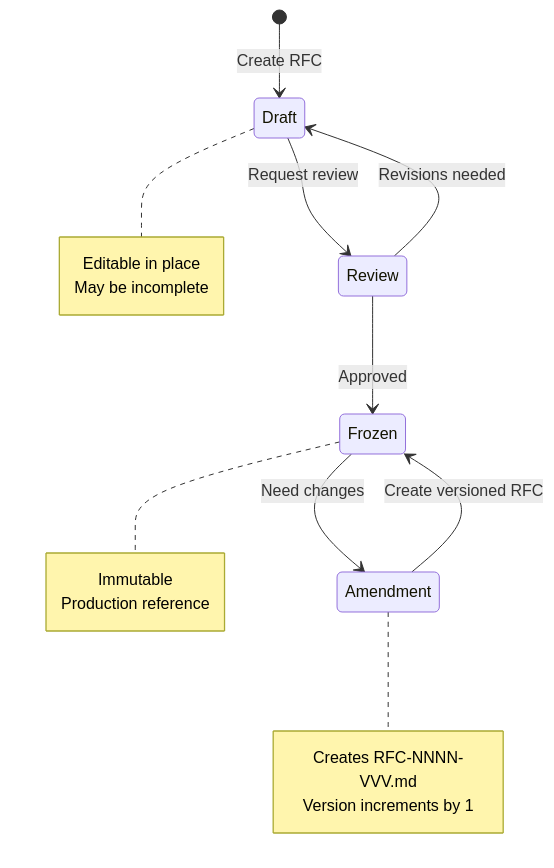
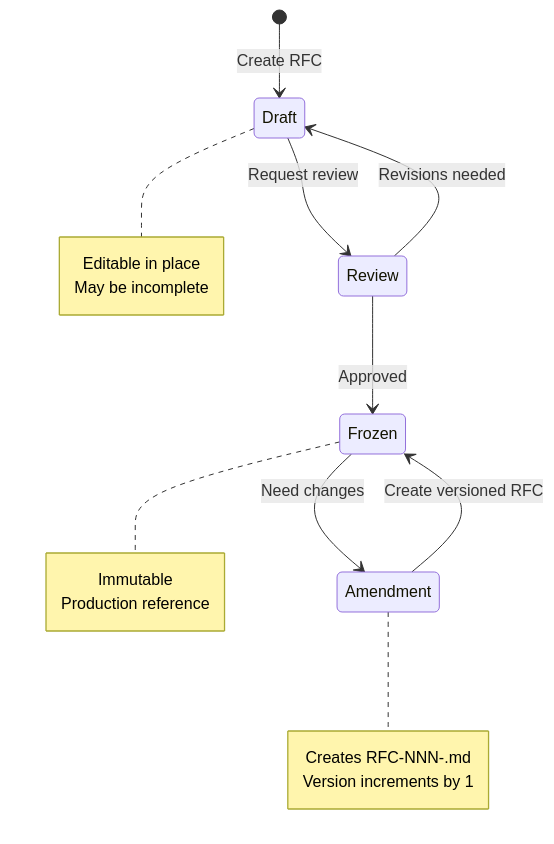
The diagram in skills/platonic-coding/assets/templates/template-rfc-standard.md (caesar0301/platonic-coding), drawn with Mermaid before and after one commit. The commit also changed other lines of this file and 24 other files, not shown here.

````diff
--- a/skills/platonic-coding/assets/templates/template-rfc-standard.md
+++ b/skills/platonic-coding/assets/templates/template-rfc-standard.md
@@ -117,24 +142,24 @@
 ```mermaid
 stateDiagram-v2
     [*] --> Draft: Create RFC
     Draft --> Review: Request review
     Review --> Draft: Revisions needed
     Review --> Frozen: Approved
     Frozen --> Amendment: Need changes
     Amendment --> Frozen: Create versioned RFC
 
     note right of Draft
         Editable in place
         May be incomplete
     end note
 
     note right of Frozen
         Immutable
         Production reference
     end note
 
     note right of Amendment
-        Creates RFC-NNNN-VVV.md
+        Creates RFC-NNN-<letter>.md
         Version increments by 1
     end note
 ```
````
